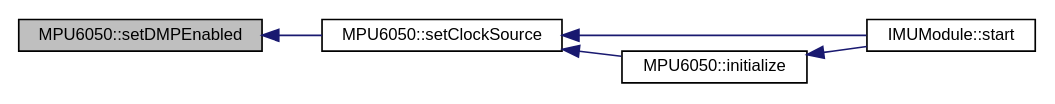
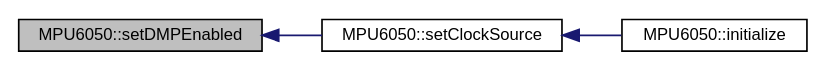
One commit to RoboJackets/robocup-firmware changed the diagram in class_m_p_u6050_abb6bf6db86b84700c7f13bd838d63755_icgraph.dot. Above: the diagram before and after it, drawn with Graphviz. The commit also changed 1172 other files, not shown here.

```diff
--- a/class_m_p_u6050_abb6bf6db86b84700c7f13bd838d63755_icgraph.dot
+++ b/class_m_p_u6050_abb6bf6db86b84700c7f13bd838d63755_icgraph.dot
@@ -1,14 +1,11 @@
 digraph "MPU6050::setDMPEnabled"
 {
   edge [fontname="Helvetica",fontsize="10",labelfontname="Helvetica",labelfontsize="10"];
   node [fontname="Helvetica",fontsize="10",shape=record];
   rankdir="LR";
-  Node1002 [label="MPU6050::setDMPEnabled",height=0.2,width=0.4,color="black", fillcolor="grey75", style="filled", fontcolor="black"];
-  Node1002 -> Node1003 [dir="back",color="midnightblue",fontsize="10",style="solid",fontname="Helvetica"];
-  Node1003 [label="MPU6050::setClockSource",height=0.2,width=0.4,color="black", fillcolor="white", style="filled",URL="$class_m_p_u6050.html#a4c1cd147d038e024bdeaa053c4d77734",tooltip="Set clock source setting. "];
-  Node1003 -> Node1004 [dir="back",color="midnightblue",fontsize="10",style="solid",fontname="Helvetica"];
-  Node1004 [label="IMUModule::start",height=0.2,width=0.4,color="black", fillcolor="white", style="filled",URL="$class_i_m_u_module.html#aba29f7665d8ec8f0eefe802f1c2b741c",tooltip="Code which initializes module. "];
-  Node1003 -> Node1005 [dir="back",color="midnightblue",fontsize="10",style="solid",fontname="Helvetica"];
-  Node1005 [label="MPU6050::initialize",height=0.2,width=0.4,color="black", fillcolor="white", style="filled",URL="$class_m_p_u6050.html#abd8fc6c18adf158011118fbccc7e7054",tooltip="Power on and prepare for general usage. "];
-  Node1005 -> Node1004 [dir="back",color="midnightblue",fontsize="10",style="solid",fontname="Helvetica"];
+  Node951 [label="MPU6050::setDMPEnabled",height=0.2,width=0.4,color="black", fillcolor="grey75", style="filled", fontcolor="black"];
+  Node951 -> Node952 [dir="back",color="midnightblue",fontsize="10",style="solid",fontname="Helvetica"];
+  Node952 [label="MPU6050::setClockSource",height=0.2,width=0.4,color="black", fillcolor="white", style="filled",URL="$class_m_p_u6050.html#a4c1cd147d038e024bdeaa053c4d77734",tooltip="Set clock source setting. "];
+  Node952 -> Node953 [dir="back",color="midnightblue",fontsize="10",style="solid",fontname="Helvetica"];
+  Node953 [label="MPU6050::initialize",height=0.2,width=0.4,color="black", fillcolor="white", style="filled",URL="$class_m_p_u6050.html#abd8fc6c18adf158011118fbccc7e7054",tooltip="Power on and prepare for general usage. "];
 }
```
